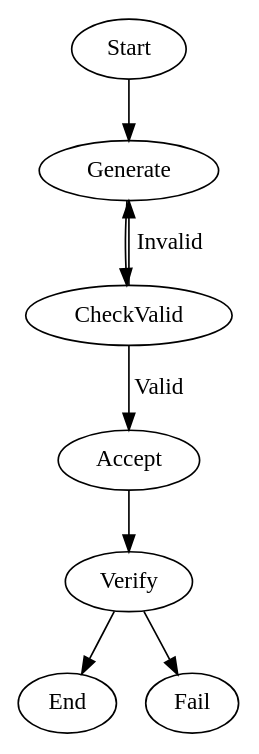
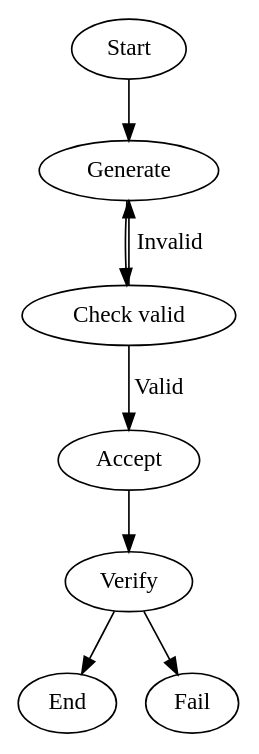
One commit to stencila/stencila changed the diagram in .stencila/workflows/test-conditional-branching/WORKFLOW.md. Above: the diagram before and after it, drawn with Graphviz. The commit also changed 21 other files, not shown here.

````diff
--- a/.stencila/workflows/test-conditional-branching/WORKFLOW.md
+++ b/.stencila/workflows/test-conditional-branching/WORKFLOW.md
@@ -9,17 +9,19 @@
 ```dot
 digraph Workflow {
-    Start -> Generate -> CheckValid
-    CheckValid -> Accept  [label="Valid",   condition="outcome=success"]
+    Start -> Generate
+
+    Generate [prompt="Reply with ONLY a single three-letter English word in lowercase, nothing else."]
+    Generate -> CheckValid
+
+    CheckValid [label="Check valid"]
+    CheckValid -> Accept   [label="Valid", condition="outcome=success"]
     CheckValid -> Generate [label="Invalid", condition="outcome!=success"]
 
-    Generate [prompt="Reply with ONLY a single three-letter English word in lowercase, nothing else."]
     Accept   [prompt="Reply with ONLY the word: $last_output"]
+    Accept -> Verify
 
-    Accept -> Verify
     Verify [prompt="Is '$last_output' a single three-letter English word in lowercase? Reply with ONLY yes or no in lowercase, nothing else."]
     Verify -> End  [condition="context.last_output=yes"]
     Verify -> Fail
-
-    Fail
 }
 ```
````
